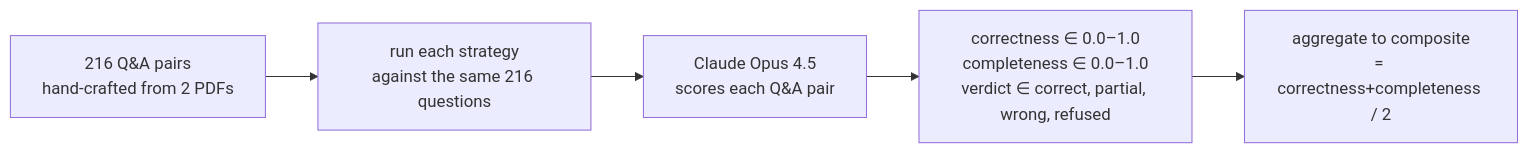
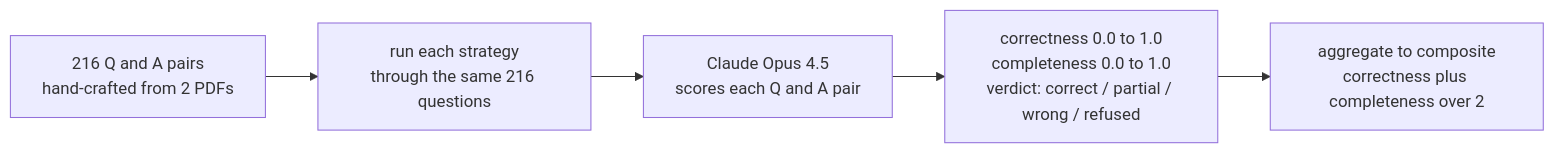
One commit to jchavezar/vertex-ai-samples changed the diagram in semiautonomous-agents/docparse/eval/RESULTS.md. Above: the diagram before and after it, drawn with Mermaid. The commit also changed other lines of this file and 2 other files, not shown here.

Commit message:
fix(docparse): mermaid diagrams render cleanly on GitHub
README architecture diagram had a dotted-arrow with a label containing `:`,
`+`, and `.` (the dot in `deploy.sh`), which mermaid's lexer chokes on.
Rewrote with the standard `-->|label|` syntax + clearer subgraph layout.

eval/RESULTS.md methodology diagram used `&`, `∈`, `–` and a comma inside
node brackets — same lexer issues. Replaced with ASCII equivalents.

build_results_md.py also updated so future re-runs don't regress.

````diff
--- a/semiautonomous-agents/docparse/eval/RESULTS.md
+++ b/semiautonomous-agents/docparse/eval/RESULTS.md
@@ -89,7 +89,7 @@
 ```mermaid
 flowchart LR
-    Q[216 Q&A pairs<br/>hand-crafted from 2 PDFs] --> R[run each strategy<br/>against the same 216 questions]
-    R --> J[Claude Opus 4.5<br/>scores each Q&A pair]
-    J --> S[correctness ∈ 0.0–1.0<br/>completeness ∈ 0.0–1.0<br/>verdict ∈ correct, partial, wrong, refused]
-    S --> A[aggregate to composite<br/>= correctness+completeness / 2]
+    Q[216 Q and A pairs<br/>hand-crafted from 2 PDFs] --> R[run each strategy<br/>through the same 216 questions]
+    R --> J[Claude Opus 4.5<br/>scores each Q and A pair]
+    J --> S[correctness 0.0 to 1.0<br/>completeness 0.0 to 1.0<br/>verdict: correct / partial / wrong / refused]
+    S --> A[aggregate to composite<br/>correctness plus completeness over 2]
 ```
````
